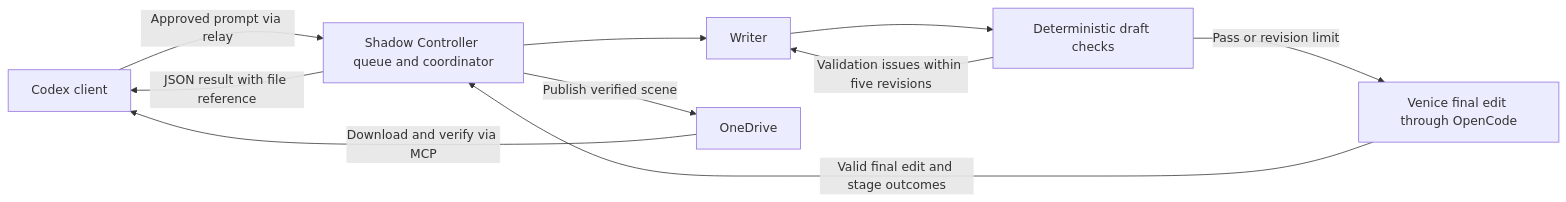
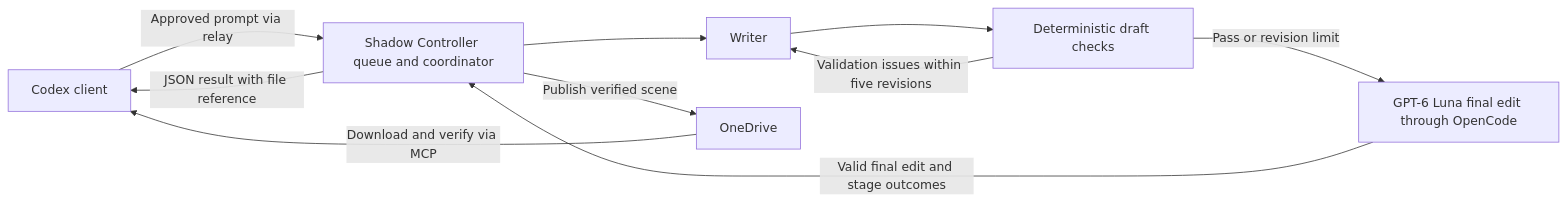
One commit to DRincs-Productions/LM-Studio changed the tenth of 11 diagrams in README.md. Above: the diagram before and after it, drawn with Mermaid. The commit also changed other lines of this file and 7 other files, not shown here.

````diff
--- a/README.md
+++ b/README.md
@@ -532,12 +533,12 @@
 ```mermaid
 flowchart LR
     A[Codex client] -->|Approved prompt via relay| S[Shadow Controller queue and coordinator]
     S --> W[Writer]
     W --> G[Deterministic draft checks]
     G -->|Validation issues within five revisions| W
-    G -->|Pass or revision limit| C[Venice final edit through OpenCode]
+    G -->|Pass or revision limit| C[GPT-6 Luna final edit through OpenCode]
     C -->|Valid final edit and stage outcomes| S
     S -->|Publish verified scene| O[OneDrive]
     S -->|JSON result with file reference| A
     O -->|Download and verify via MCP| A
 ```
````
